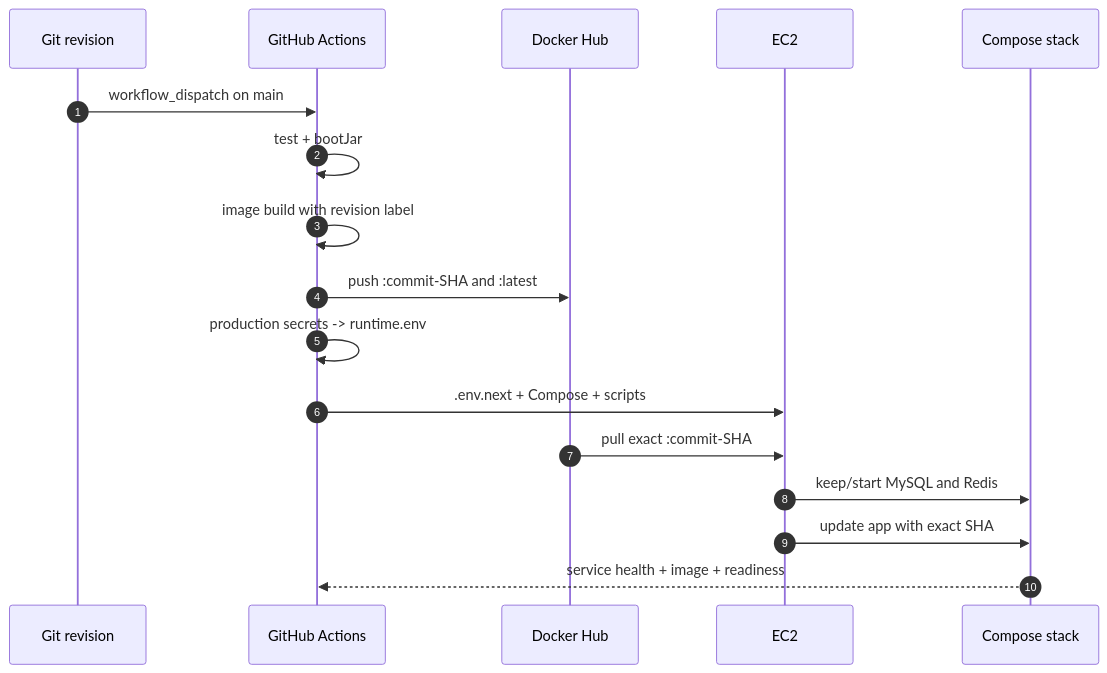
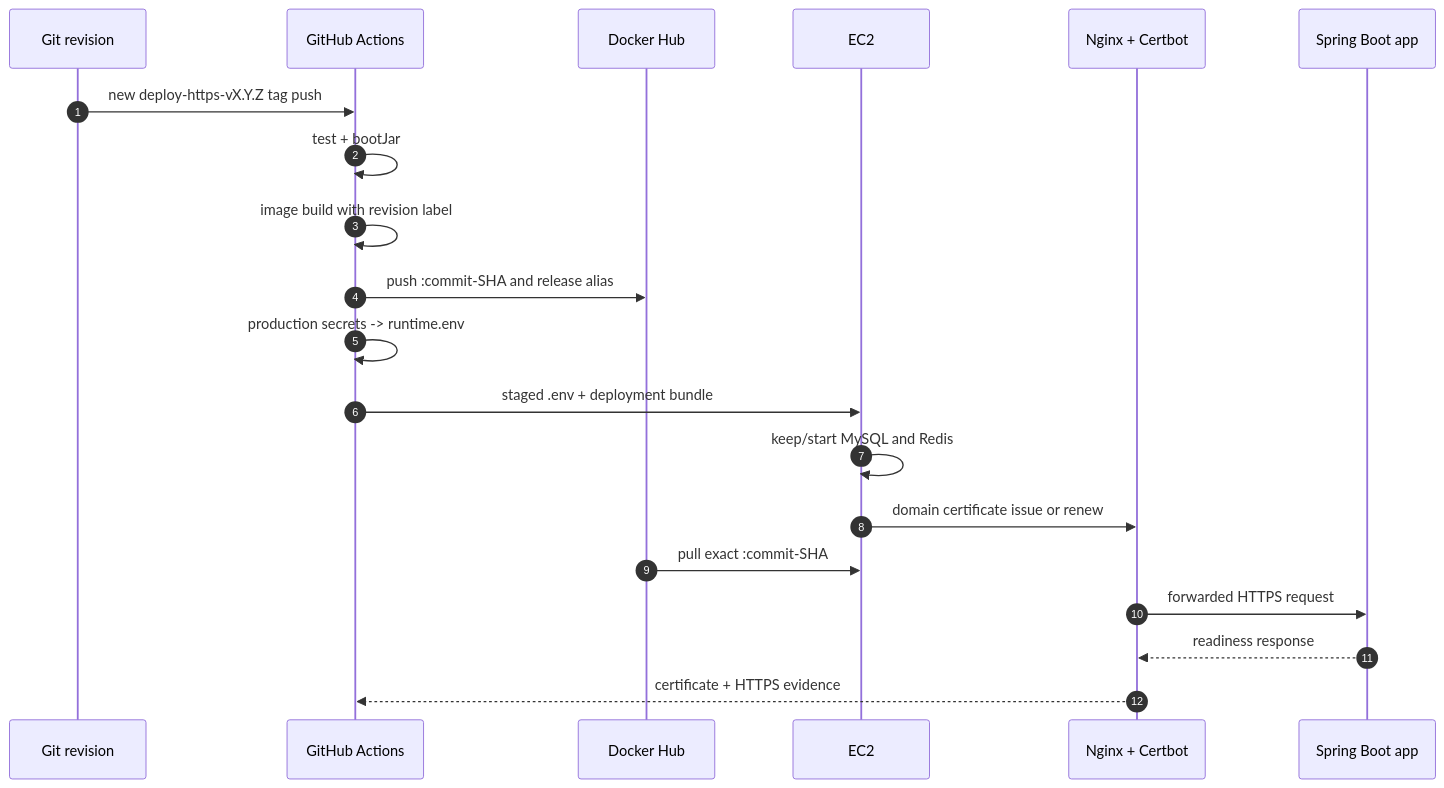
Before and after one commit to stdiodh/spring-boot-deployment-runtime-lab: the second of 2 diagrams in docs/theory.md, drawn with Mermaid. The commit also changed other lines of this file and 7 other files, not shown here.

First line of the commit message:
docs(deploy): answer-only HTTPS 가이드 정리

````diff
--- a/docs/theory.md
+++ b/docs/theory.md
@@ -89,20 +93,23 @@
 ```mermaid
 sequenceDiagram
     autonumber
     participant Git as Git revision
     participant CI as GitHub Actions
     participant Hub as Docker Hub
     participant EC2 as EC2
-    participant Stack as Compose stack
+    participant Nginx as Nginx + Certbot
+    participant App as Spring Boot app
 
-    Git->>CI: workflow_dispatch on main
+    Git->>CI: new deploy-https-vX.Y.Z tag push
     CI->>CI: test + bootJar
     CI->>CI: image build with revision label
-    CI->>Hub: push :commit-SHA and :latest
+    CI->>Hub: push :commit-SHA and release alias
     CI->>CI: production secrets -> runtime.env
-    CI->>EC2: .env.next + Compose + scripts
+    CI->>EC2: staged .env + deployment bundle
+    EC2->>EC2: keep/start MySQL and Redis
+    EC2->>Nginx: domain certificate issue or renew
     Hub->>EC2: pull exact :commit-SHA
-    EC2->>Stack: keep/start MySQL and Redis
-    EC2->>Stack: update app with exact SHA
-    Stack-->>CI: service health + image + readiness
+    Nginx->>App: forwarded HTTPS request
+    App-->>Nginx: readiness response
+    Nginx-->>CI: certificate + HTTPS evidence
 ```
````
